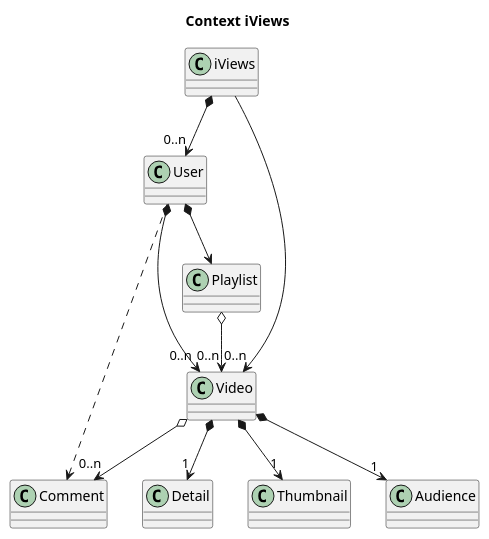
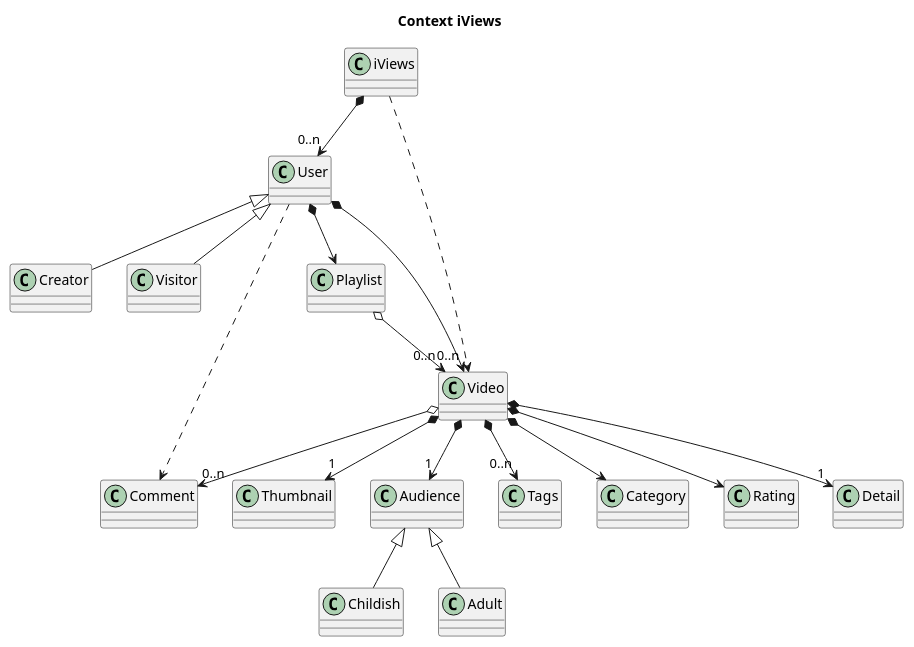
Before and after one commit to franpaulinoinfante/MasterSoftwareDevelopment: the diagram in src/YouViews/YouViewsContext.plantuml, drawn with PlantUML. The commit also changed 1 other file, not shown here.

```diff
--- a/src/YouViews/YouViewsContext.plantuml
+++ b/src/YouViews/YouViewsContext.plantuml
@@ -1,16 +1,26 @@
 @startuml YouViewContext
 title Context iViews
 
 iViews *--> "0..n" User
-iViews --> "0..n" Video
+iViews ..> Video
+
+User <|-- Creator
+User <|-- Visitor
 User *--> "0..n" Video
 User ..> Comment
 User *--> Playlist
+
 Video *--> "1" Detail
 Video *--> "1" Thumbnail
 Video *--> "1" Audience
 Video o--> "0..n" Comment
+Video *--> "0..n" Tags
+Video *--> Category
+Video *--> Rating
 
 Playlist o--> "0..n" Video
 
+Audience <|-- Childish
+Audience <|-- Adult
+
 @enduml
```
